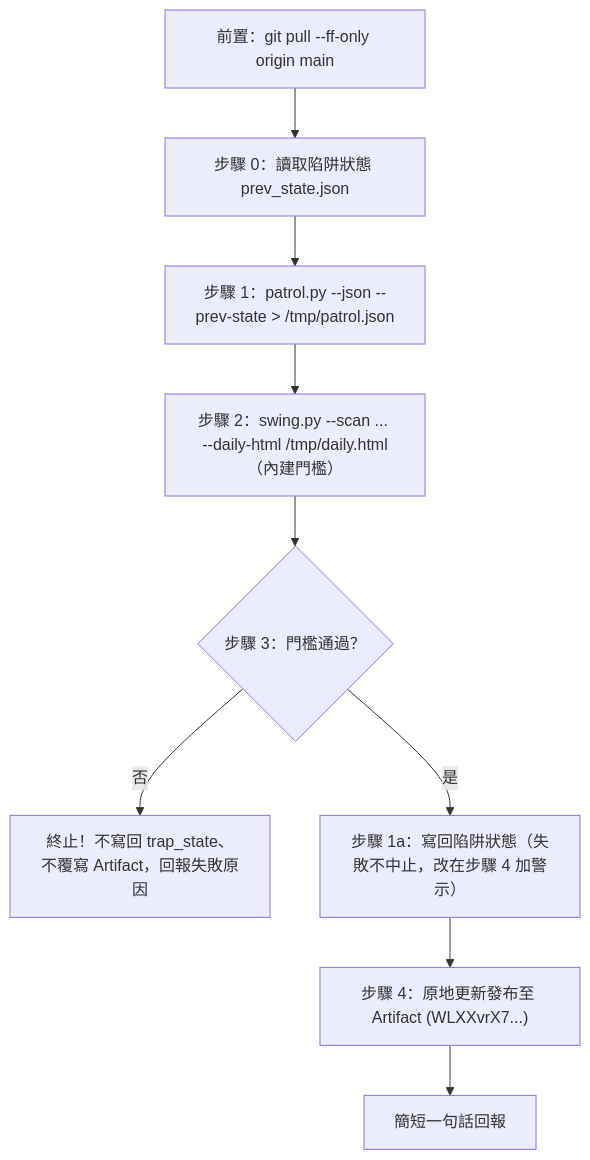
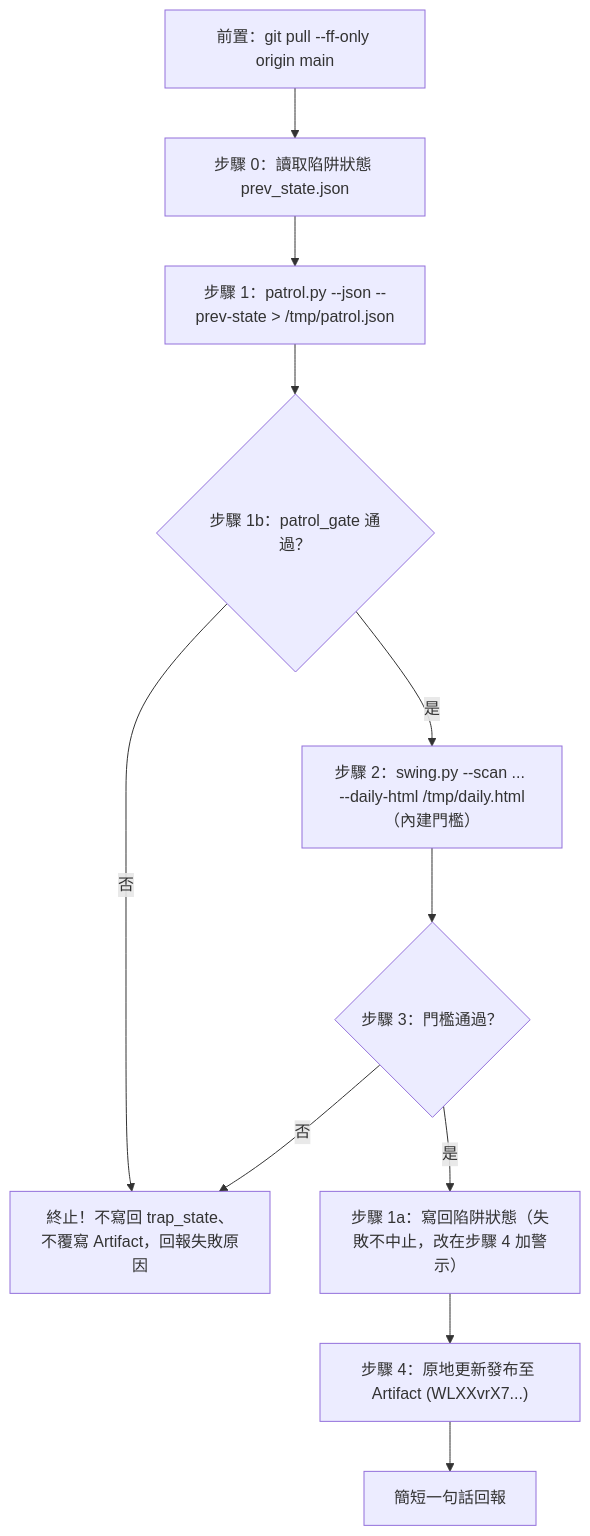
One commit to HachiTsai/Investment_Tracker changed the diagram in .claude/workflows/daily-portfolio-patrol.md. Above: the diagram before and after it, drawn with Mermaid. The commit also changed other lines of this file and 8 other files, not shown here.

````diff
--- a/.claude/workflows/daily-portfolio-patrol.md
+++ b/.claude/workflows/daily-portfolio-patrol.md
@@ -33,11 +33,13 @@
 ```mermaid
 flowchart TD
     A["前置：git pull --ff-only origin main"] --> S0["步驟 0：讀取陷阱狀態 prev_state.json"]
     S0 --> B["步驟 1：patrol.py --json --prev-state > /tmp/patrol.json"]
-    B --> C["步驟 2：swing.py --scan ... --daily-html /tmp/daily.html（內建門檻）"]
+    B --> P{"步驟 1b：patrol_gate 通過？"}
+    P -->|否| E
+    P -->|是| C["步驟 2：swing.py --scan ... --daily-html /tmp/daily.html（內建門檻）"]
     C --> D{"步驟 3：門檻通過？"}
     D -->|否| E["終止！不寫回 trap_state、不覆寫 Artifact，回報失敗原因"]
     D -->|是| B1["步驟 1a：寫回陷阱狀態（失敗不中止，改在步驟 4 加警示）"]
     B1 --> F["步驟 4：原地更新發布至 Artifact (WLXXvrX7...)"]
     F --> G["簡短一句話回報"]
 ```
````
